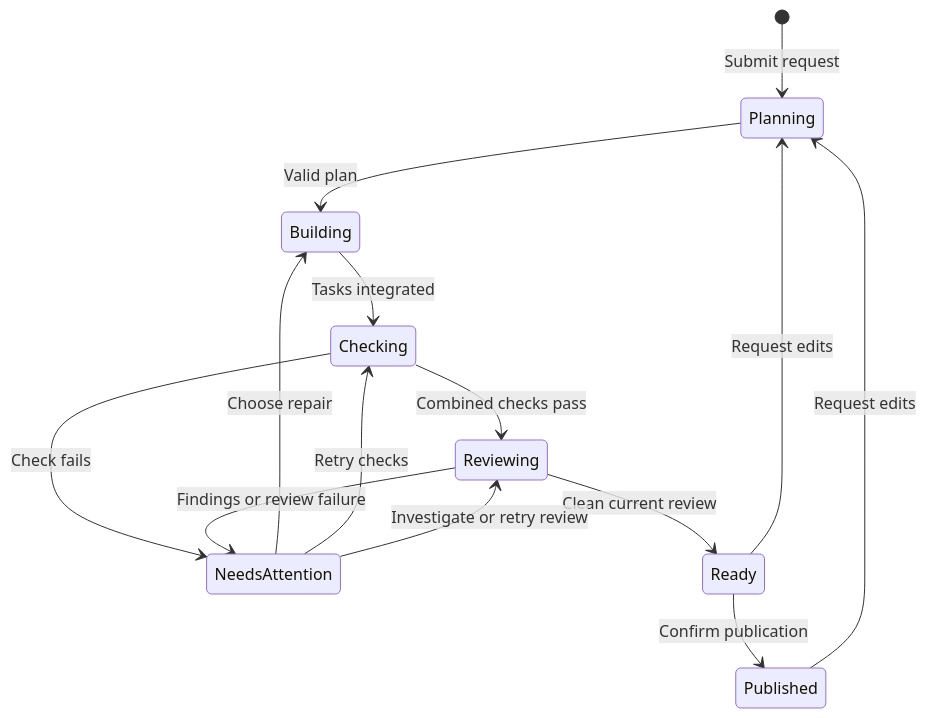
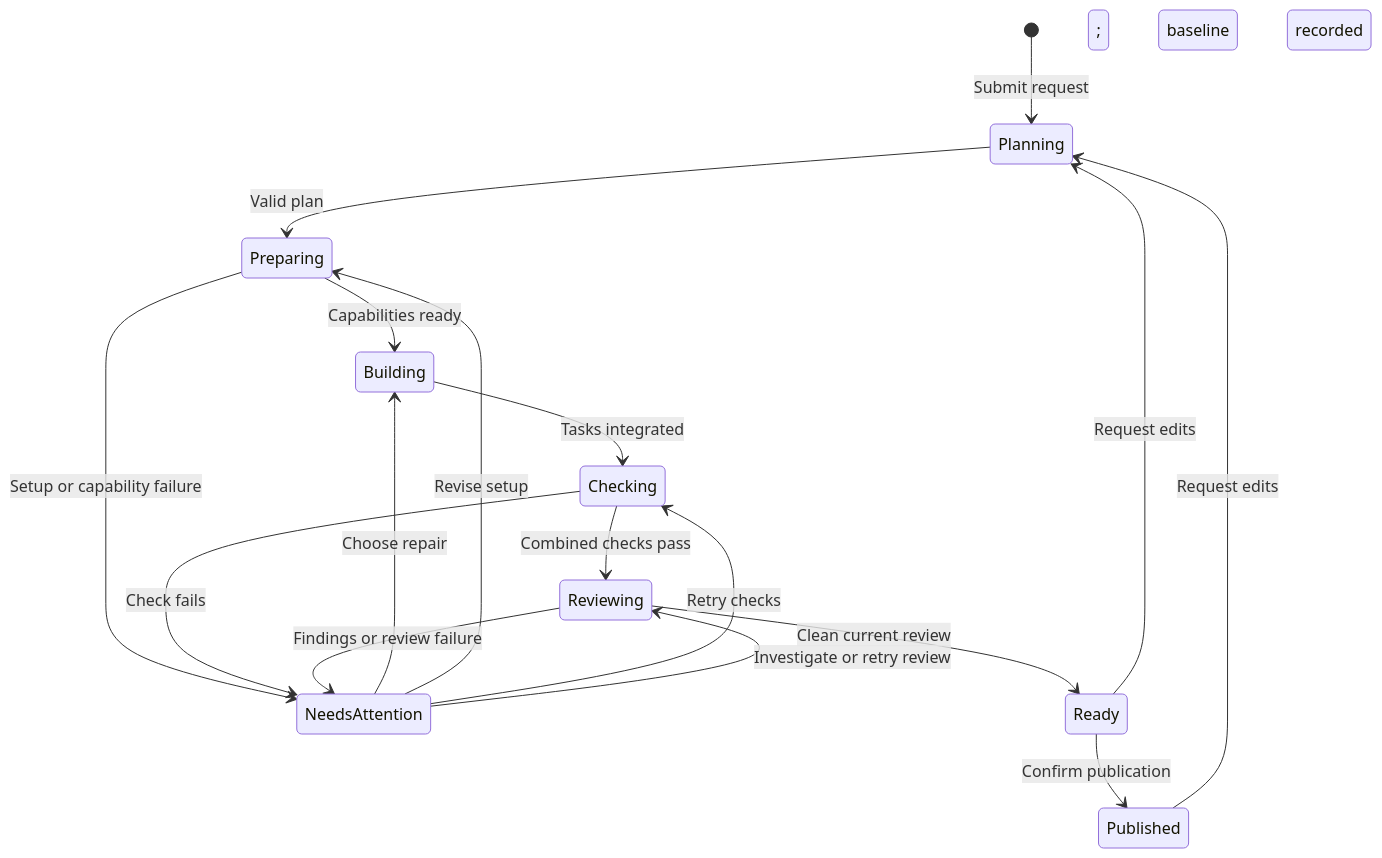
Before and after one commit to minimumeffort-dev/sprowt.harness: the second of 2 diagrams in docs/architecture.md, drawn with Mermaid. The commit also changed other lines of this file and 1 other file, not shown here.

Commit message:
Clarify preparation failures and workflow documentation

````diff
--- a/docs/architecture.md
+++ b/docs/architecture.md
@@ -54,16 +54,19 @@
 ```mermaid
 stateDiagram-v2
     [*] --> Planning: Submit request
-    Planning --> Building: Valid plan
+    Planning --> Preparing: Valid plan
+    Preparing --> Building: Capabilities ready; baseline recorded
+    Preparing --> NeedsAttention: Setup or capability failure
     Building --> Checking: Tasks integrated
     Checking --> Reviewing: Combined checks pass
     Checking --> NeedsAttention: Check fails
     Reviewing --> Ready: Clean current review
     Reviewing --> NeedsAttention: Findings or review failure
     NeedsAttention --> Building: Choose repair
+    NeedsAttention --> Preparing: Revise setup
     NeedsAttention --> Checking: Retry checks
     NeedsAttention --> Reviewing: Investigate or retry review
     Ready --> Published: Confirm publication
     Published --> Planning: Request edits
     Ready --> Planning: Request edits
 ```
````
